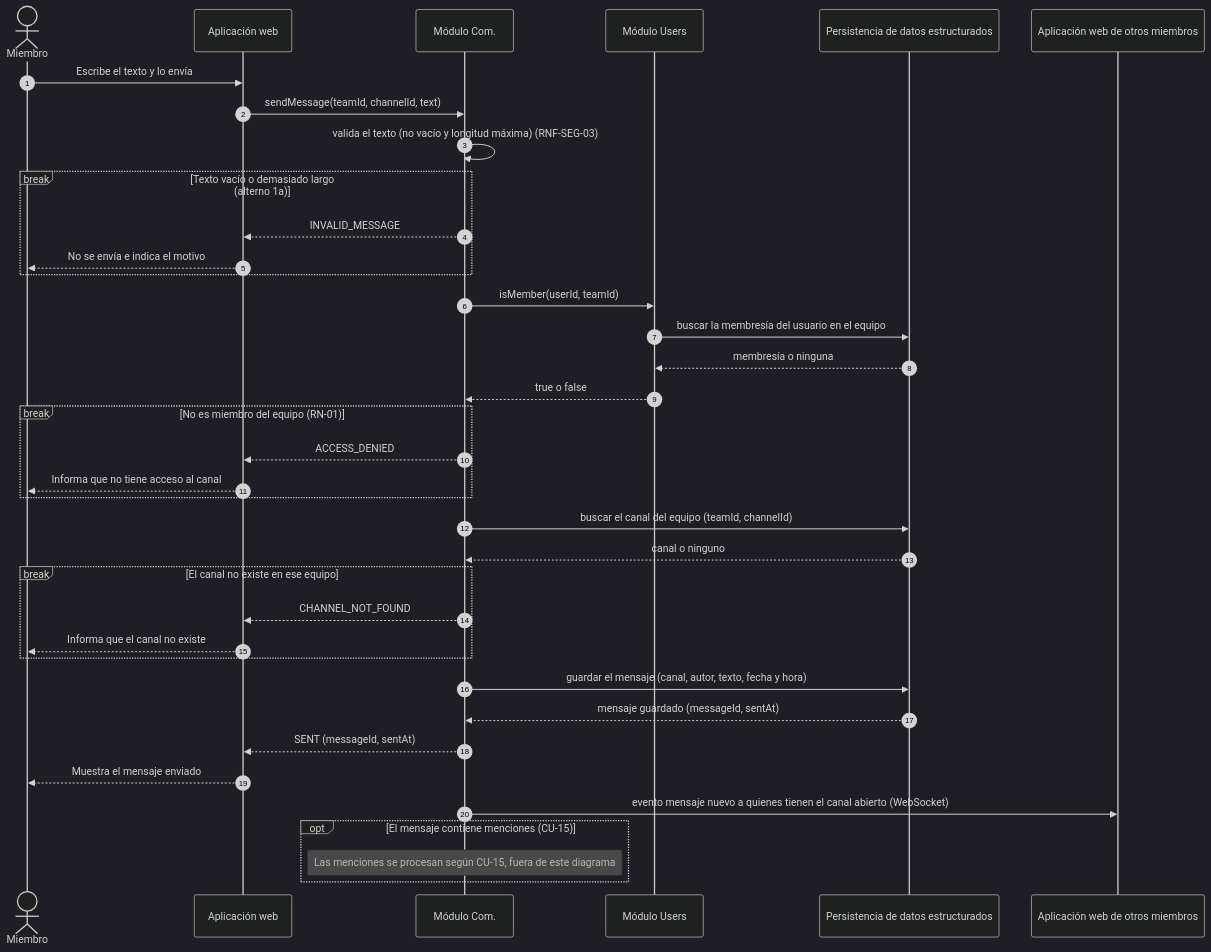
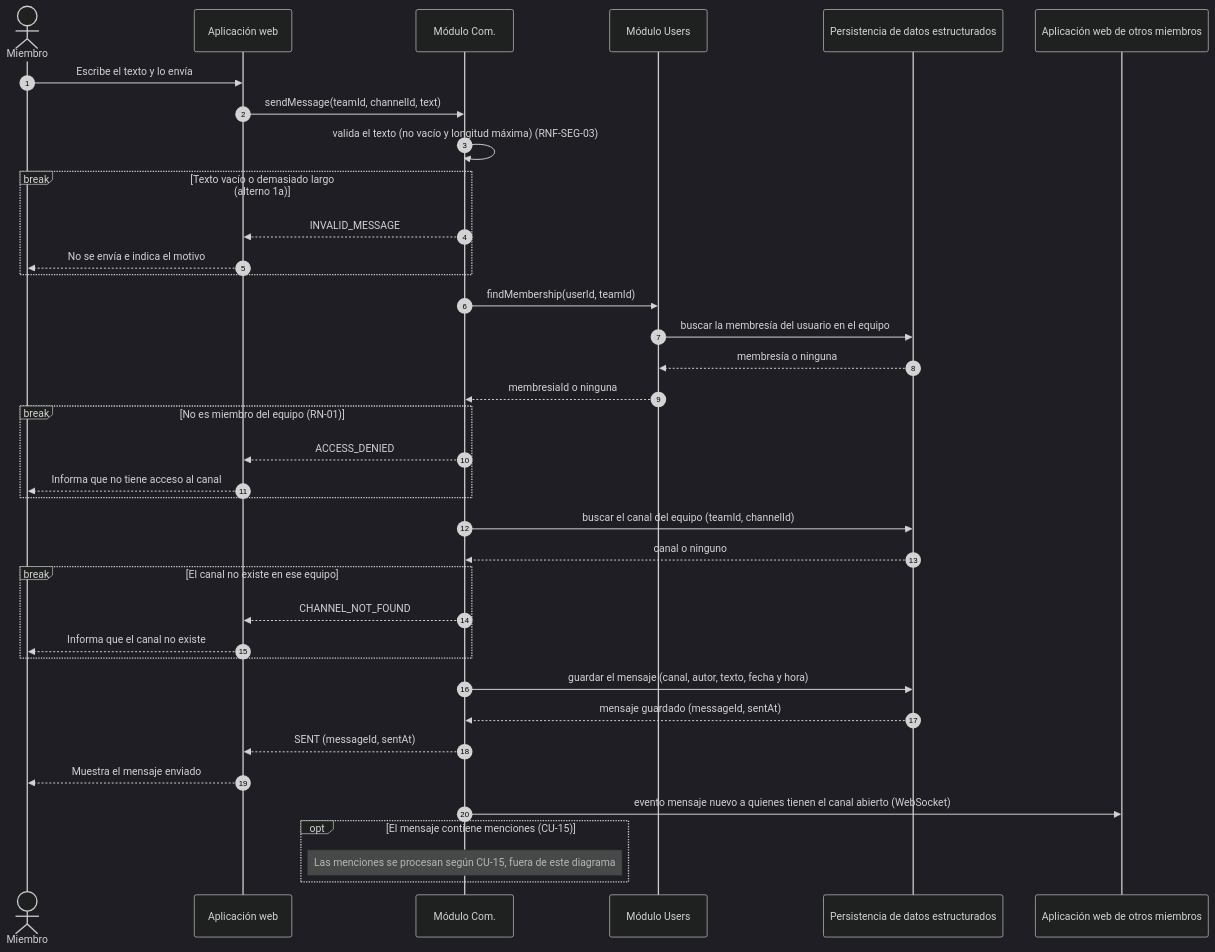
Before and after one commit to Da-lp1012/proyectodeingesoft1: the second of 3 diagrams in docs/design/02_Interaction_and_Data_Design.md, drawn with Mermaid (dark theme). The commit also changed other lines of this file, not shown here.

````diff
--- a/docs/design/02_Interaction_and_Data_Design.md
+++ b/docs/design/02_Interaction_and_Data_Design.md
@@ -99,40 +99,40 @@
 ```mermaid
 sequenceDiagram
     autonumber
     actor M as Miembro
     participant WEB as Aplicación web
     participant COM as Módulo Com.
     participant USR as Módulo Users
     participant DB as Persistencia de datos estructurados
     participant OTH as Aplicación web de otros miembros
 
     M->>WEB: Escribe el texto y lo envía
     WEB->>COM: sendMessage(teamId, channelId, text)
     COM->>COM: valida el texto (no vacío y longitud máxima) (RNF-SEG-03)
     break Texto vacío o demasiado largo (alterno 1a)
         COM-->>WEB: INVALID_MESSAGE
         WEB-->>M: No se envía e indica el motivo
     end
-    COM->>USR: isMember(userId, teamId)
+    COM->>USR: findMembership(userId, teamId)
     USR->>DB: buscar la membresía del usuario en el equipo
     DB-->>USR: membresía o ninguna
-    USR-->>COM: true o false
+    USR-->>COM: membresiaId o ninguna
     break No es miembro del equipo (RN-01)
         COM-->>WEB: ACCESS_DENIED
         WEB-->>M: Informa que no tiene acceso al canal
     end
     COM->>DB: buscar el canal del equipo (teamId, channelId)
     DB-->>COM: canal o ninguno
     break El canal no existe en ese equipo
         COM-->>WEB: CHANNEL_NOT_FOUND
         WEB-->>M: Informa que el canal no existe
     end
     COM->>DB: guardar el mensaje (canal, autor, texto, fecha y hora)
     DB-->>COM: mensaje guardado (messageId, sentAt)
     COM-->>WEB: SENT (messageId, sentAt)
     WEB-->>M: Muestra el mensaje enviado
     COM->>OTH: evento mensaje nuevo a quienes tienen el canal abierto (WebSocket)
     opt El mensaje contiene menciones (CU-15)
         Note over COM: Las menciones se procesan según CU-15, fuera de este diagrama
     end
 ```
````
